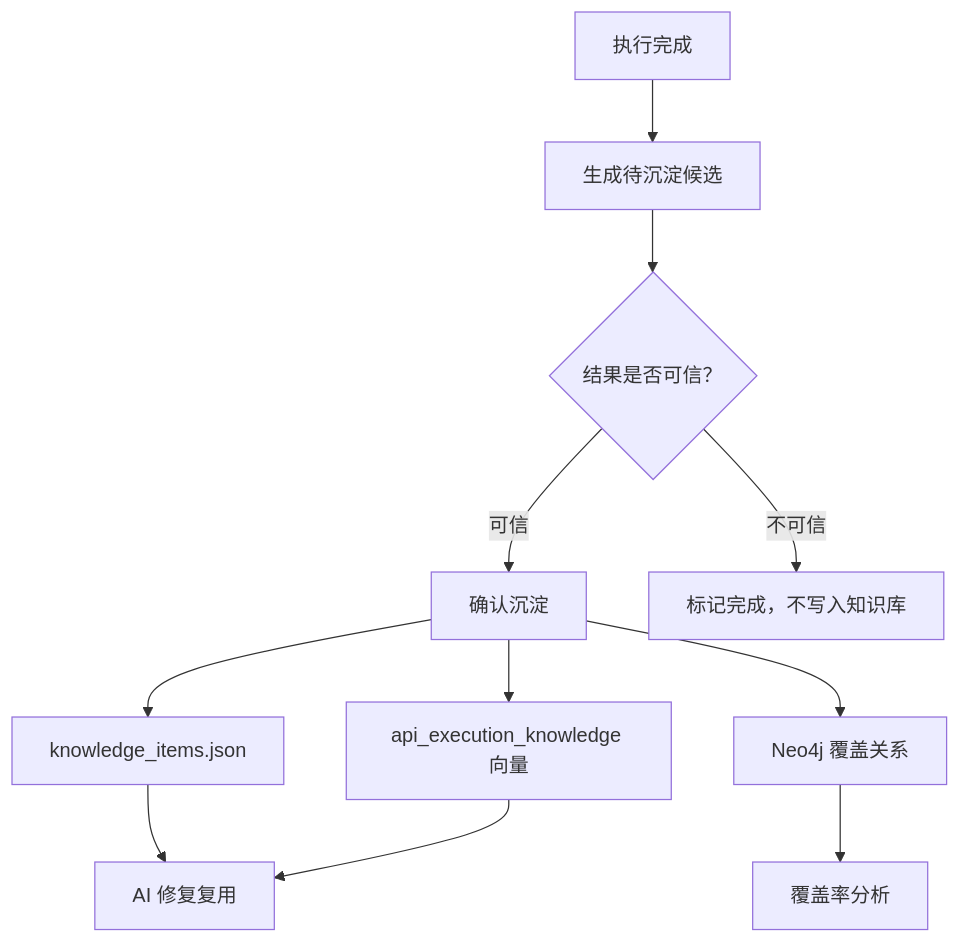
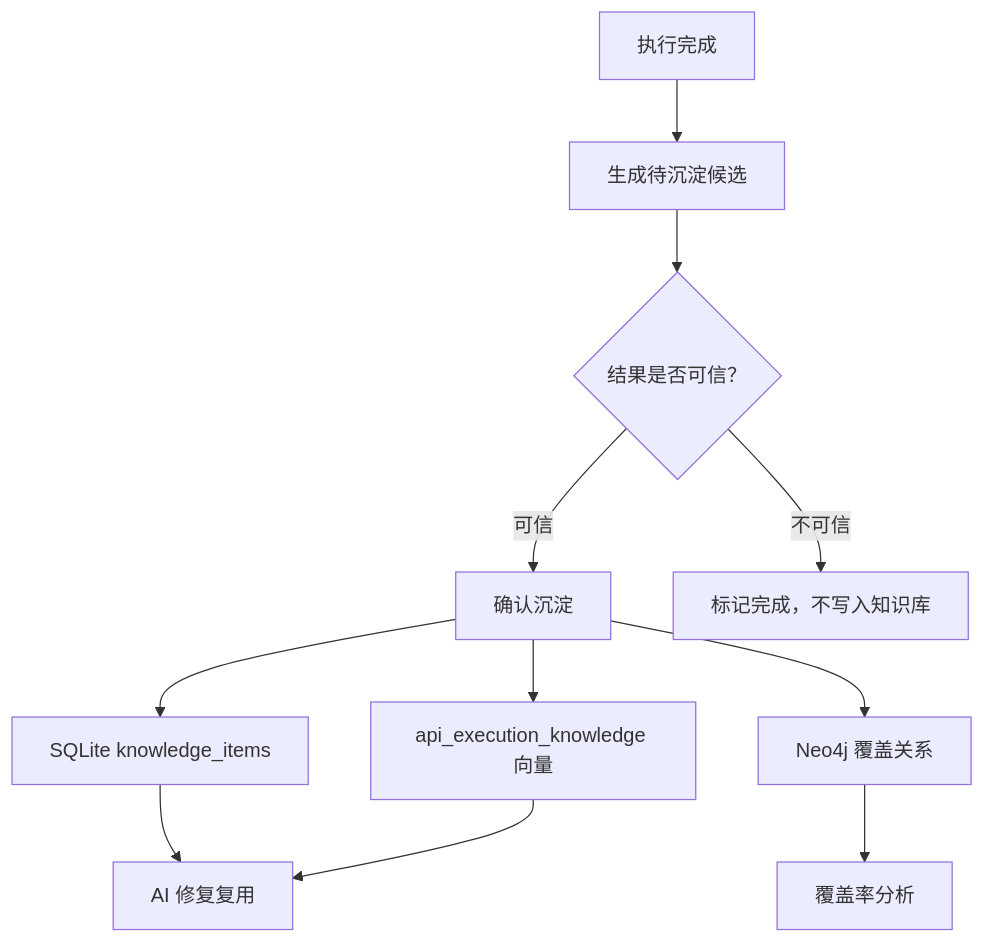
The sixth of 6 diagrams in MANUAL.md (sunny-xiabo/OpenMelon), drawn with Mermaid before and after one commit. The commit also changed other lines of this file and 41 other files, not shown here.

````diff
--- a/MANUAL.md
+++ b/MANUAL.md
@@ -1224,13 +1225,13 @@
 ```mermaid
 flowchart TD
     RunDone["执行完成"] --> Candidate["生成待沉淀候选"]
     Candidate --> Review{"结果是否可信？"}
     Review -->|"可信"| Ingest["确认沉淀"]
     Review -->|"不可信"| Skip["标记完成，不写入知识库"]
-    Ingest --> Local["knowledge_items.json"]
+    Ingest --> Local["SQLite knowledge_items"]
     Ingest --> Vector["api_execution_knowledge 向量"]
     Ingest --> Graph["Neo4j 覆盖关系"]
     Local --> Reuse["AI 修复复用"]
     Vector --> Reuse
     Graph --> Coverage["覆盖率分析"]
 ```
````
